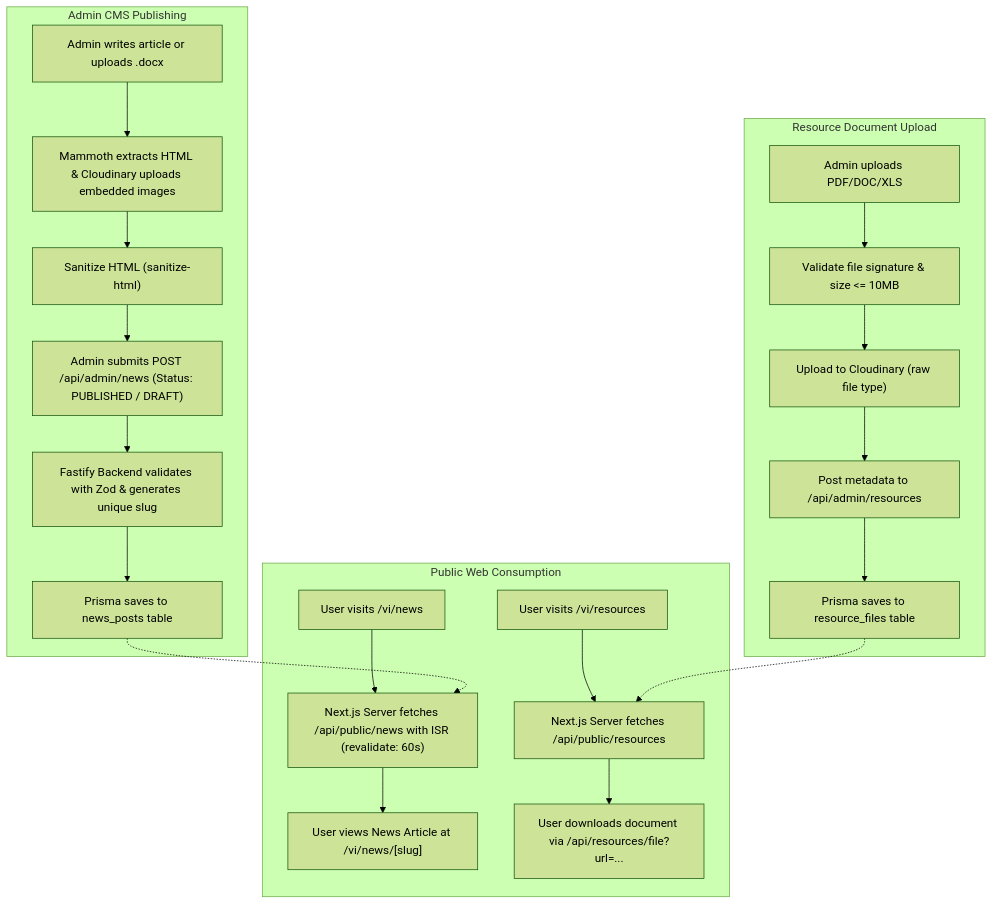
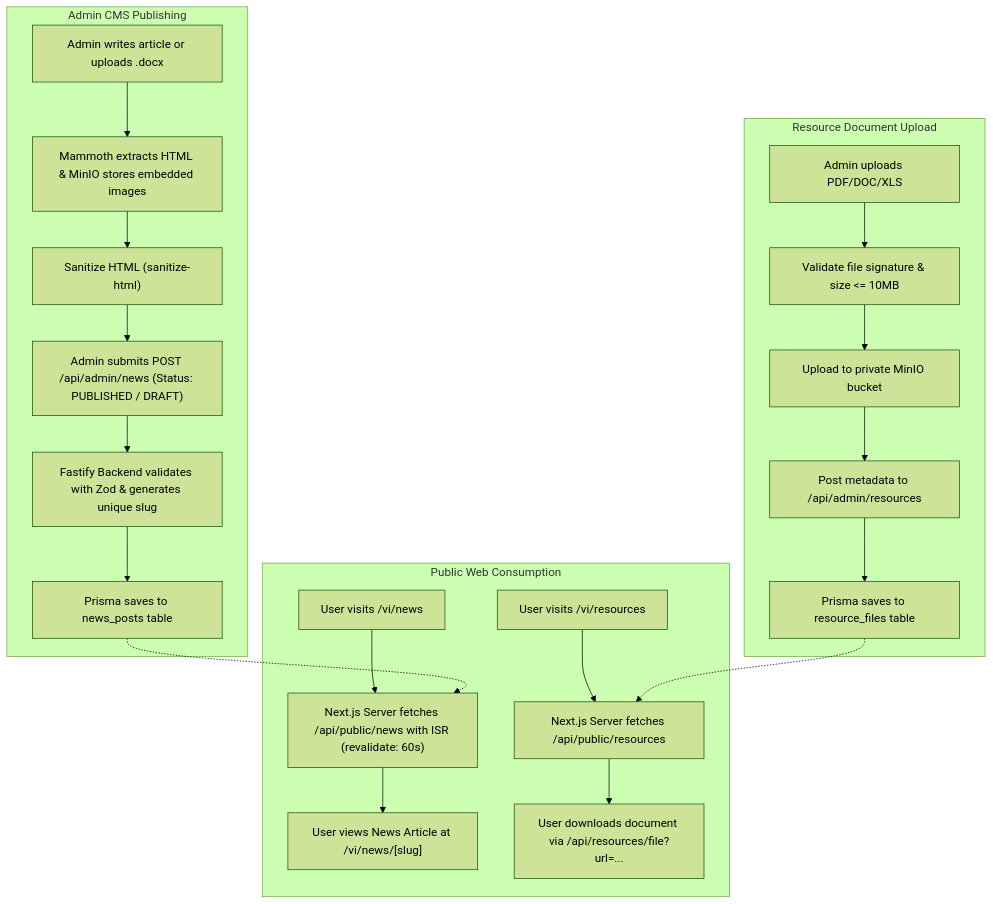
The fourth of 5 diagrams in ARCHITECTURE_MAP.md (lehai04/VGG), drawn with Mermaid (forest theme) before and after one commit. The commit also changed other lines of this file and 97 other files, not shown here.

````diff
--- a/ARCHITECTURE_MAP.md
+++ b/ARCHITECTURE_MAP.md
@@ -135,28 +135,28 @@
 ```mermaid
 flowchart TD
     subgraph AdminAction ["Admin CMS Publishing"]
-        A1["Admin writes article or uploads .docx"] --> A2["Mammoth extracts HTML & Cloudinary uploads embedded images"]
+        A1["Admin writes article or uploads .docx"] --> A2["Mammoth extracts HTML & MinIO stores embedded images"]
         A2 --> A3["Sanitize HTML (sanitize-html)"]
         A3 --> A4["Admin submits POST /api/admin/news (Status: PUBLISHED / DRAFT)"]
         A4 --> A5["Fastify Backend validates with Zod & generates unique slug"]
         A5 --> A6["Prisma saves to news_posts table"]
     end
 
     subgraph ResourcePublishing ["Resource Document Upload"]
         R1["Admin uploads PDF/DOC/XLS"] --> R2["Validate file signature & size <= 10MB"]
-        R2 --> R3["Upload to Cloudinary (raw file type)"]
+        R2 --> R3["Upload to private MinIO bucket"]
         R3 --> R4["Post metadata to /api/admin/resources"]
         R4 --> R5["Prisma saves to resource_files table"]
     end
 
     subgraph PublicConsumption ["Public Web Consumption"]
         P1["User visits /vi/news"] --> P2["Next.js Server fetches /api/public/news with ISR (revalidate: 60s)"]
         P2 --> P3["User views News Article at /vi/news/[slug]"]
 
         PR1["User visits /vi/resources"] --> PR2["Next.js Server fetches /api/public/resources"]
         PR2 --> PR3["User downloads document via /api/resources/file?url=..."]
     end
 
     A6 -.-> P2
     R5 -.-> PR2
 ```
````
